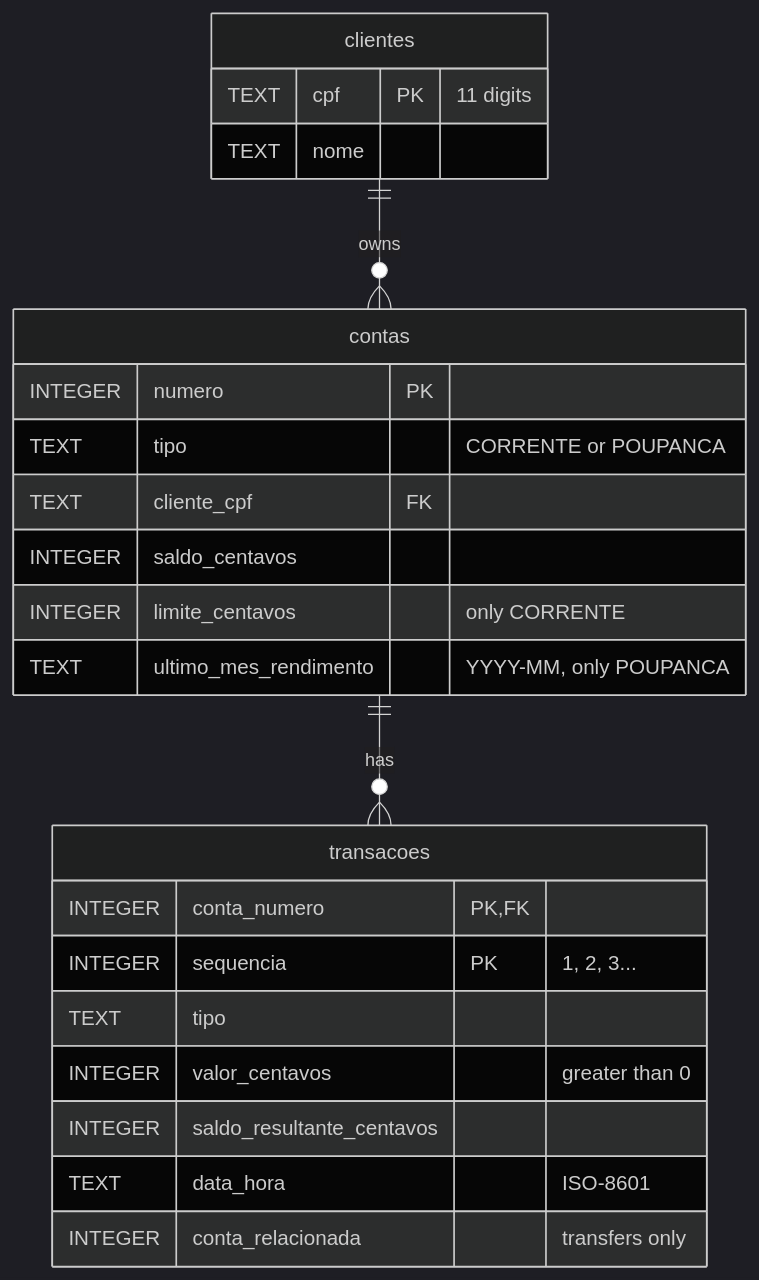
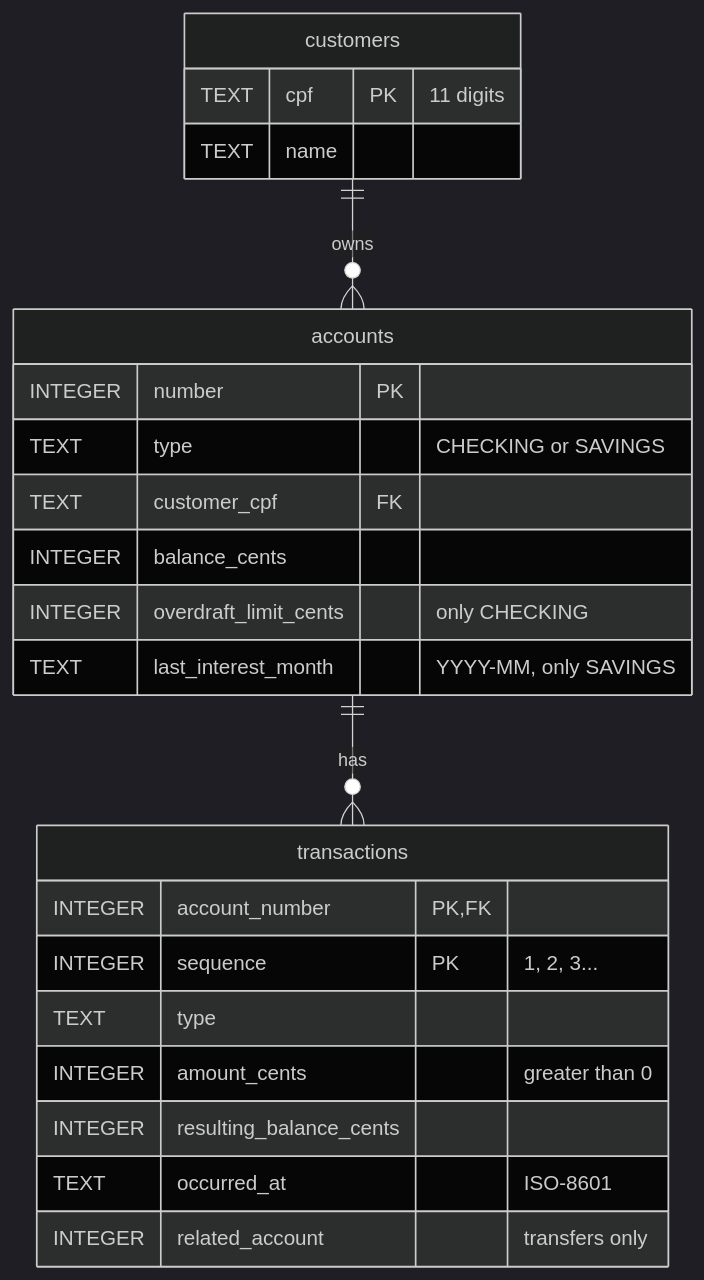
The second of 3 diagrams in docs/ARCHITECTURE.md (Amandadamata/sistema-bancario-java), drawn with Mermaid (dark theme) before and after one commit. The commit also changed other lines of this file and 100 other files, not shown here.

````diff
--- a/docs/ARCHITECTURE.md
+++ b/docs/ARCHITECTURE.md
@@ -88,26 +88,26 @@
 ```mermaid
 erDiagram
-    clientes ||--o{ contas : "owns"
-    contas ||--o{ transacoes : "has"
-    clientes {
+    customers ||--o{ accounts : "owns"
+    accounts ||--o{ transactions : "has"
+    customers {
         TEXT cpf PK "11 digits"
-        TEXT nome
+        TEXT name
     }
-    contas {
-        INTEGER numero PK
-        TEXT tipo "CORRENTE or POUPANCA"
-        TEXT cliente_cpf FK
-        INTEGER saldo_centavos
-        INTEGER limite_centavos "only CORRENTE"
-        TEXT ultimo_mes_rendimento "YYYY-MM, only POUPANCA"
+    accounts {
+        INTEGER number PK
+        TEXT type "CHECKING or SAVINGS"
+        TEXT customer_cpf FK
+        INTEGER balance_cents
+        INTEGER overdraft_limit_cents "only CHECKING"
+        TEXT last_interest_month "YYYY-MM, only SAVINGS"
     }
-    transacoes {
-        INTEGER conta_numero PK,FK
-        INTEGER sequencia PK "1, 2, 3..."
-        TEXT tipo
-        INTEGER valor_centavos "greater than 0"
-        INTEGER saldo_resultante_centavos
-        TEXT data_hora "ISO-8601"
-        INTEGER conta_relacionada "transfers only"
+    transactions {
+        INTEGER account_number PK,FK
+        INTEGER sequence PK "1, 2, 3..."
+        TEXT type
+        INTEGER amount_cents "greater than 0"
+        INTEGER resulting_balance_cents
+        TEXT occurred_at "ISO-8601"
+        INTEGER related_account "transfers only"
     }
 ```
````
